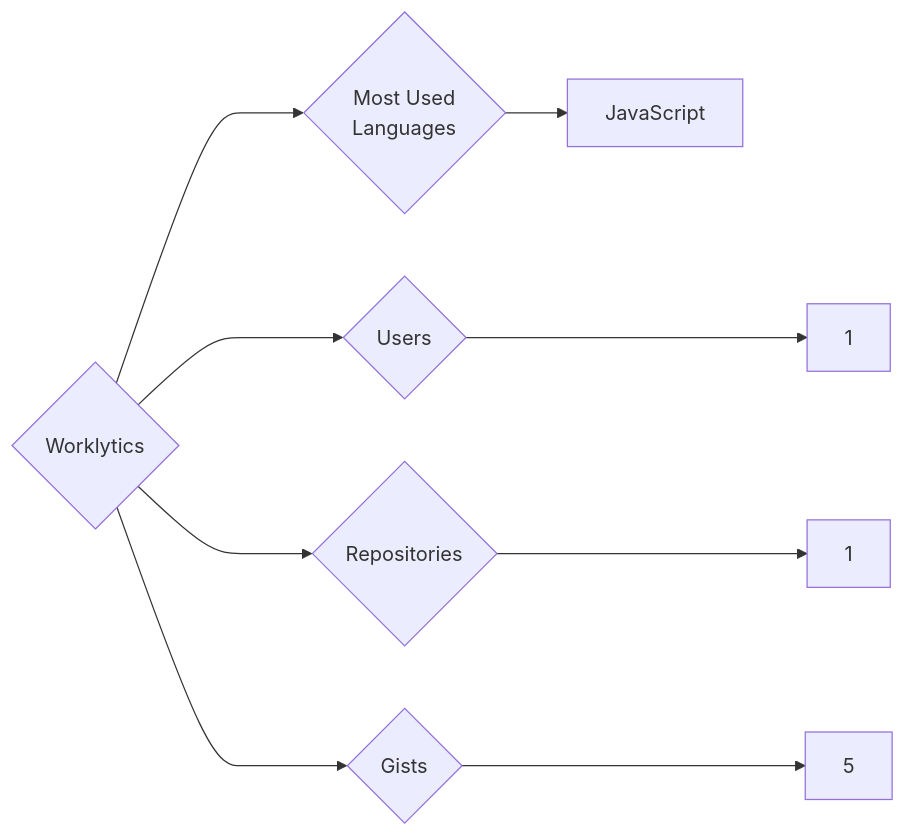
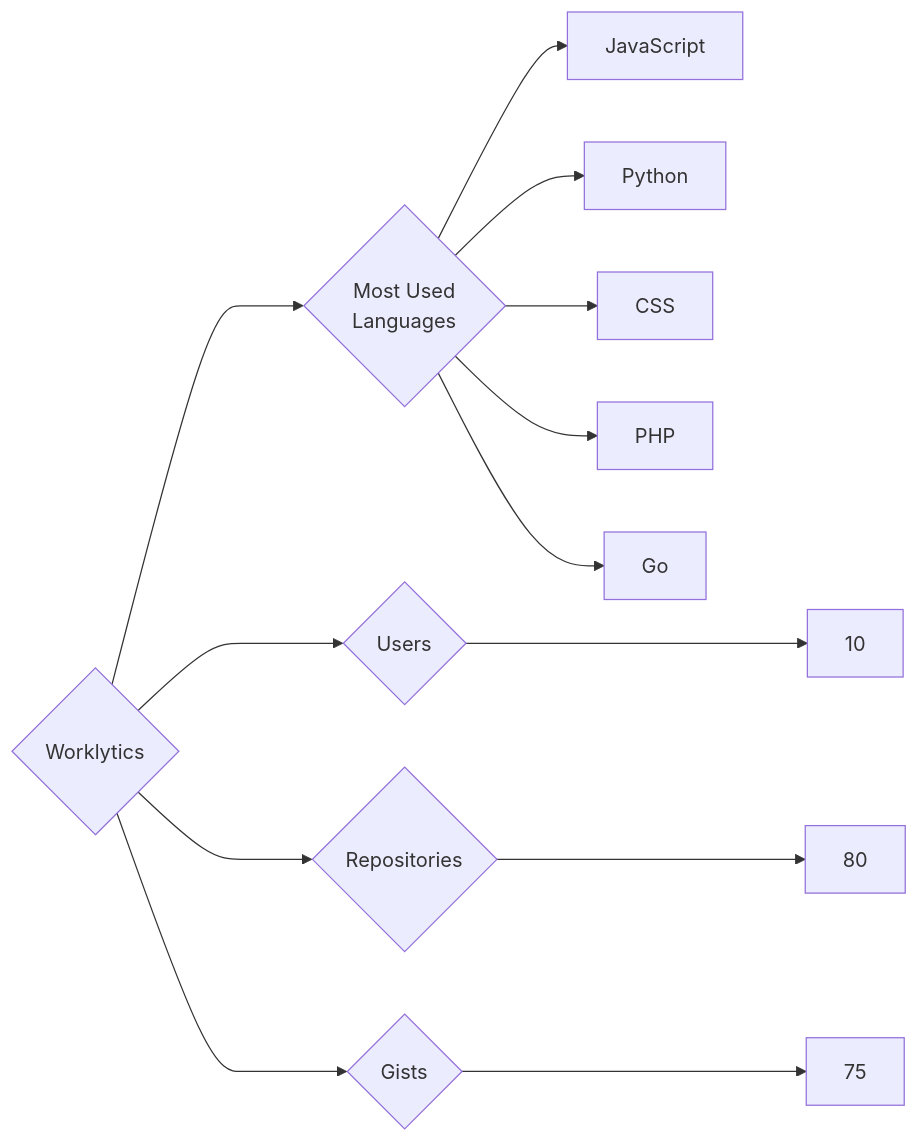
The diagram in targets/Worklytics/README.md (trickest/insiders), drawn with Mermaid before and after one commit. The commit also changed 1696 other files, not shown here.

````diff
--- a/targets/Worklytics/README.md
+++ b/targets/Worklytics/README.md
@@ -3,9 +3,13 @@
 ```mermaid
 graph LR
 COMPANY_NAME{Worklytics}
-COMPANY_NAME ---> U{Users} ---> UN[1]
-COMPANY_NAME ---> R{Repositories} ---> RN[1]
-COMPANY_NAME ---> G{Gists} ---> GN[5]
+COMPANY_NAME ---> U{Users} ---> UN[10]
+COMPANY_NAME ---> R{Repositories} ---> RN[80]
+COMPANY_NAME ---> G{Gists} ---> GN[75]
 COMPANY_NAME ---> ML{Most Used<br>Languages}
 ML --> JavaScript[JavaScript]
+ML --> Python[Python]
+ML --> CSS[CSS]
+ML --> PHP[PHP]
+ML --> Go[Go]
 ```
````
